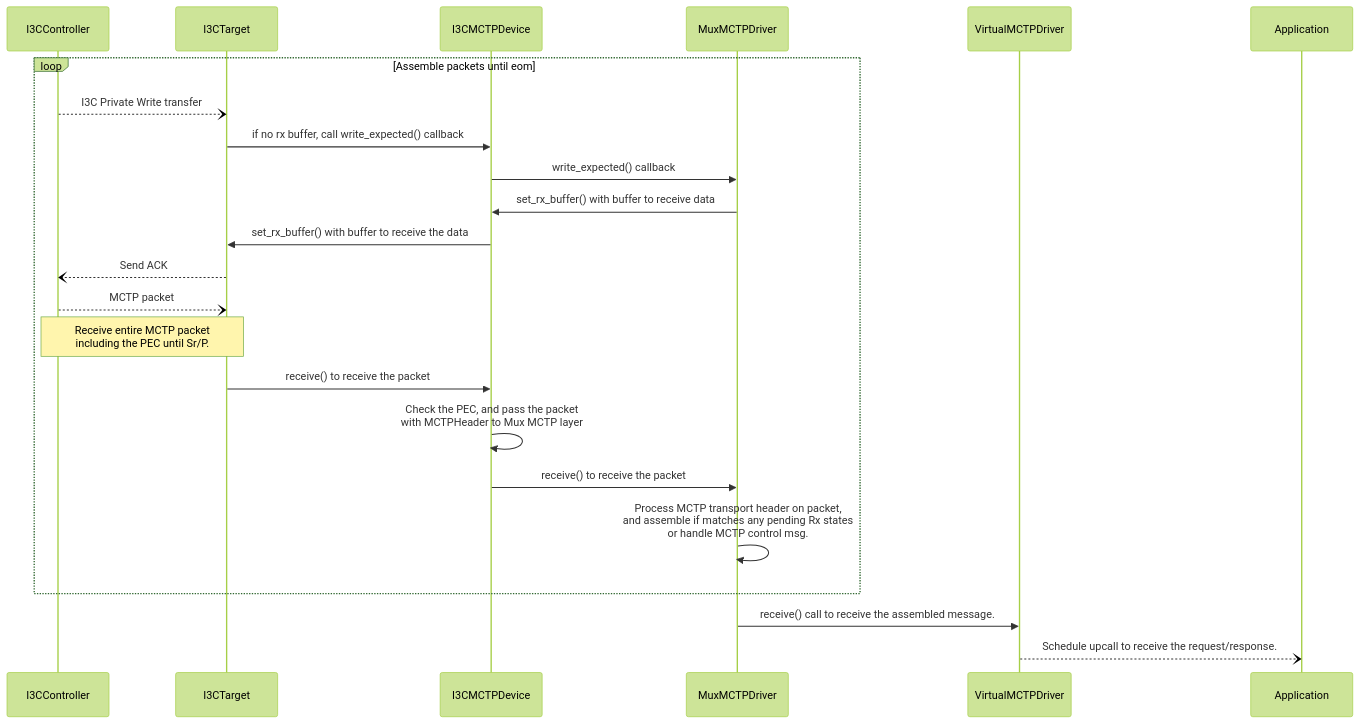
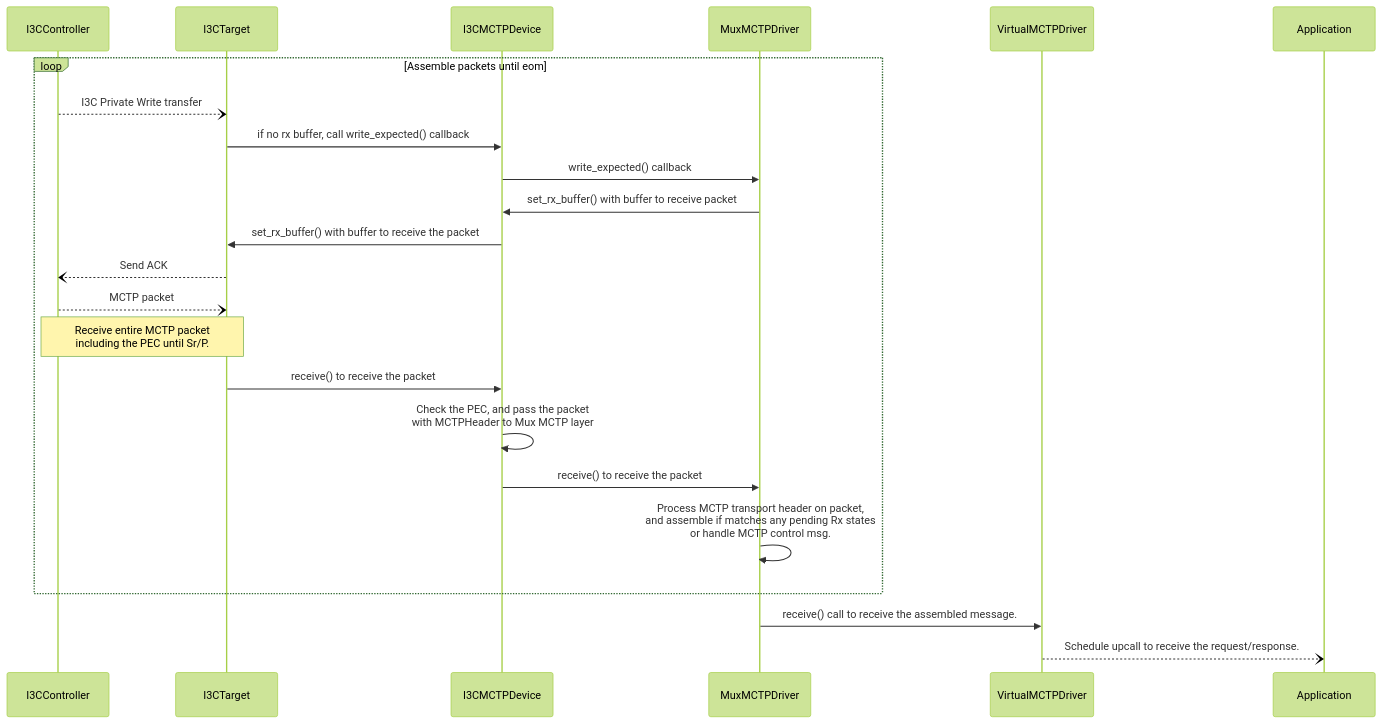
Before and after one commit to chipsalliance/caliptra-mcu-sw: the first of 2 diagrams in docs/src/mctp.md, drawn with Mermaid (forest theme). The commit also changed other lines of this file and 4 other files, not shown here.

````diff
--- a/docs/src/mctp.md
+++ b/docs/src/mctp.md
@@ -14,25 +14,25 @@
 ```mermaid
 sequenceDiagram
     participant I3CController
     participant I3CTarget
     participant I3CMCTPDevice
     participant MuxMCTPDriver
     participant VirtualMCTPDriver
     participant Application
     loop Assemble packets until eom
         I3CController--)I3CTarget: I3C Private Write transfer
         I3CTarget->>I3CMCTPDevice: if no rx buffer, call write_expected() callback
         I3CMCTPDevice->> MuxMCTPDriver: write_expected() callback
-        MuxMCTPDriver->>I3CMCTPDevice: set_rx_buffer() with buffer to receive data
-        I3CMCTPDevice->> I3CTarget: set_rx_buffer() with buffer to receive the data
+        MuxMCTPDriver->>I3CMCTPDevice: set_rx_buffer() with buffer to receive packet
+        I3CMCTPDevice->> I3CTarget: set_rx_buffer() with buffer to receive the packet
         I3CTarget--) I3CController : Send ACK
         I3CController--)I3CTarget: MCTP packet
         Note over I3CController, I3CTarget: Receive entire MCTP packet <br/>including the PEC until Sr/P.
         I3CTarget->> I3CMCTPDevice: receive() to receive the packet
         I3CMCTPDevice ->> I3CMCTPDevice: Check the PEC, and pass the packet <br/>with MCTPHeader to Mux MCTP layer
         I3CMCTPDevice->>MuxMCTPDriver: receive() to receive the packet
         MuxMCTPDriver->>MuxMCTPDriver: Process MCTP transport header on packet, <br/> and assemble if matches any pending Rx states<br/>or handle MCTP control msg.
     end
     MuxMCTPDriver->>VirtualMCTPDriver: receive() call to receive the assembled message.
     VirtualMCTPDriver--)Application: Schedule upcall to receive the request/response.
 ```
````
